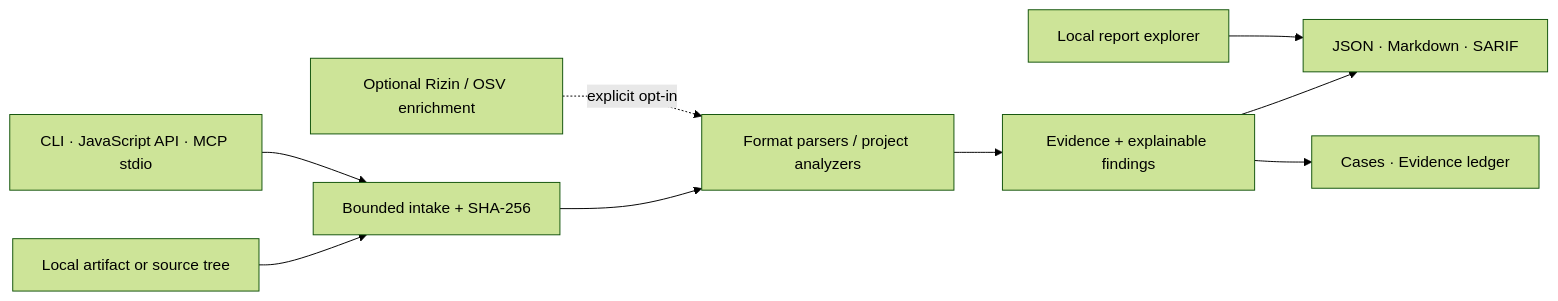
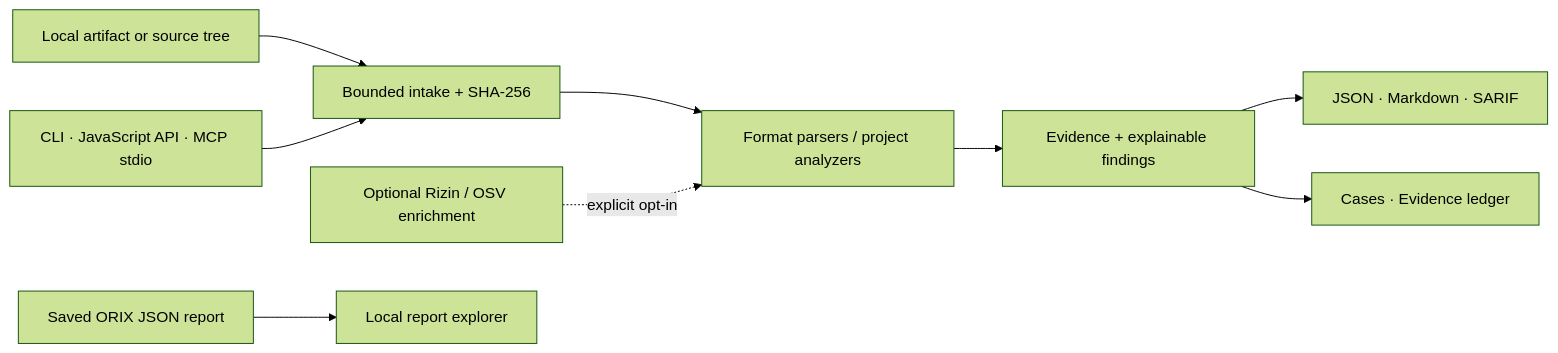
One commit to monsterjack-404/Orix changed the diagram in README.md. Above: the diagram before and after it, drawn with Mermaid (forest theme). The commit also changed other lines of this file, not shown here.

Commit message:
docs: align README release marker and report viewer flow

```diff
--- a/README.md
+++ b/README.md
@@ -95,11 +95,11 @@
 ~~~mermaid
 flowchart LR
     A["Local artifact or source tree"] --> B["Bounded intake + SHA-256"]
     B --> C["Format parsers / project analyzers"]
     C --> D["Evidence + explainable findings"]
     D --> E["JSON · Markdown · SARIF"]
     D --> F["Cases · Evidence ledger"]
     G["CLI · JavaScript API · MCP stdio"] --> B
     H["Optional Rizin / OSV enrichment"] -. "explicit opt-in" .-> C
-    I["Local report explorer"] --> E
+    J["Saved ORIX JSON report"] --> I["Local report explorer"]
 ~~~
```
